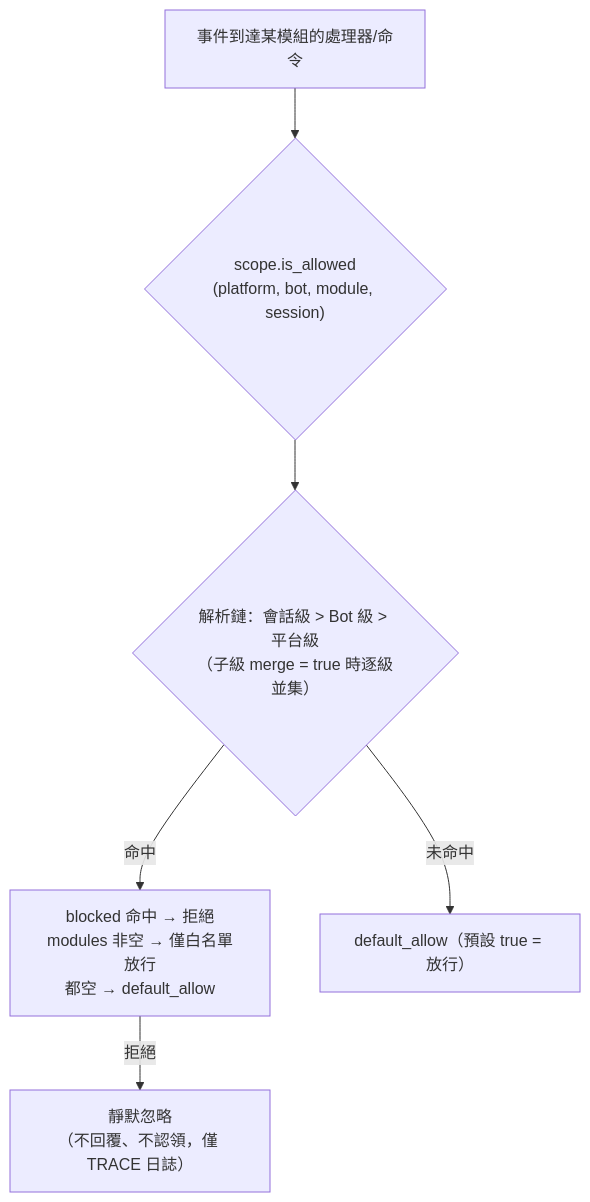
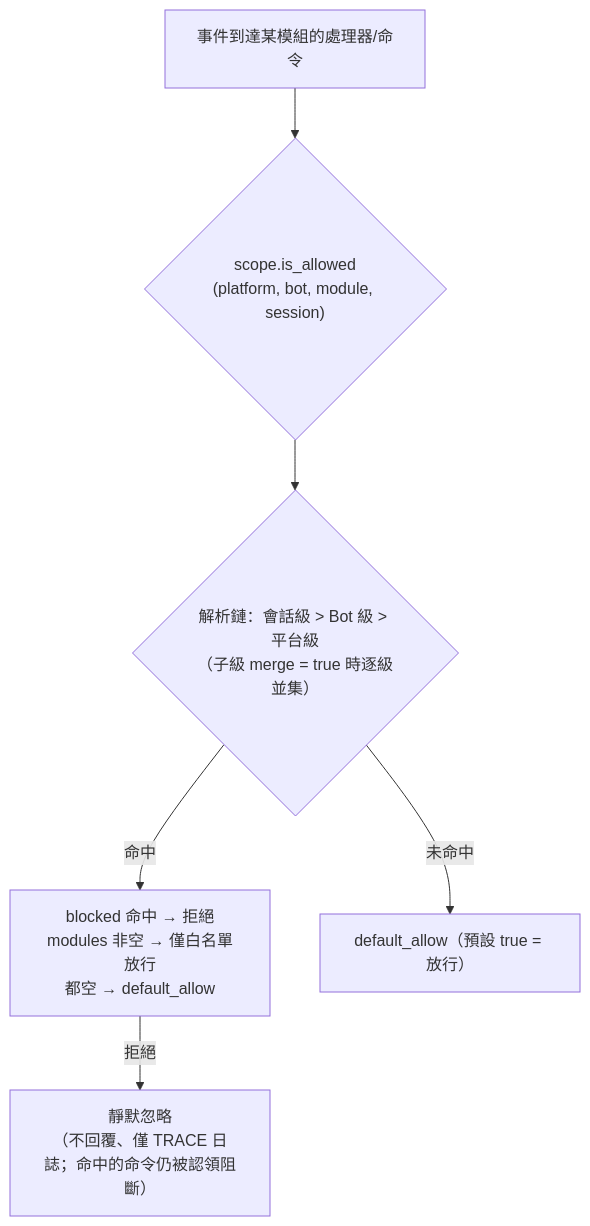
One commit to ErisPulse/ErisPulse changed the diagram in docs/zh-TW/advanced/scope.md. Above: the diagram before and after it, drawn with Mermaid. The commit also changed other lines of this file and 23 other files, not shown here.

````diff
--- a/docs/zh-TW/advanced/scope.md
+++ b/docs/zh-TW/advanced/scope.md
@@ -105,8 +105,8 @@
 ```mermaid
 flowchart TD
     A["事件到達某模組的處理器/命令"] --> B{"scope.is_allowed<br/>(platform, bot, module, session)"}
     B --> C{"解析鏈：會話級 > Bot 級 > 平台級<br/>（子級 merge = true 時逐級並集）"}
     C -->|"命中"| D["blocked 命中 → 拒絕<br/>modules 非空 → 僅白名單放行<br/>都空 → default_allow"]
     C -->|"未命中"| E["default_allow（預設 true = 放行）"]
-    D -->|"拒絕"| Z["靜默忽略<br/>（不回覆、不認領，僅 TRACE 日誌）"]
+    D -->|"拒絕"| Z["靜默忽略<br/>（不回覆、僅 TRACE 日誌；命中的命令仍被認領阻斷）"]
 ```
````
